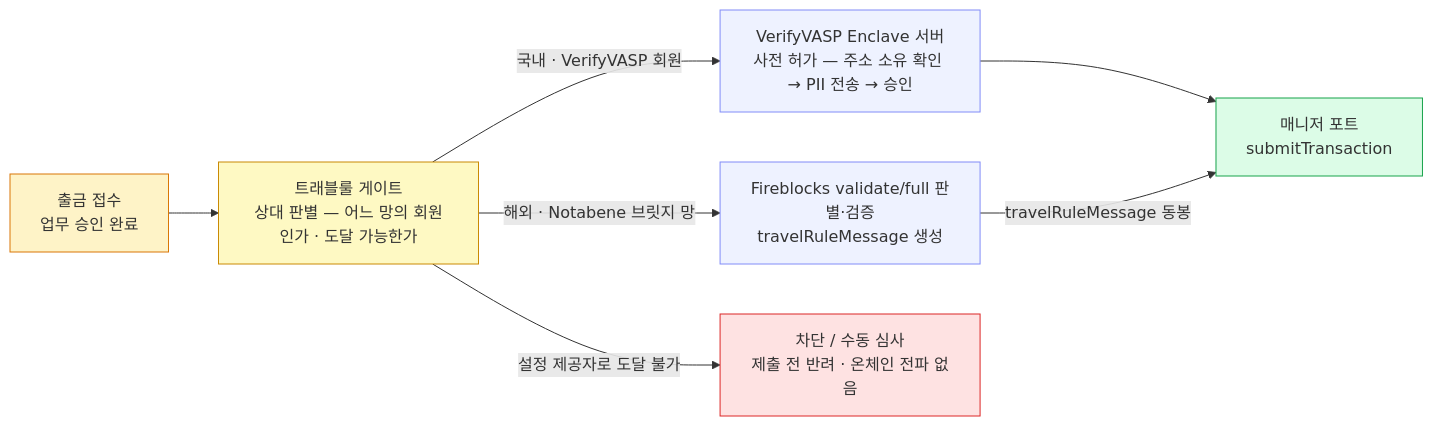
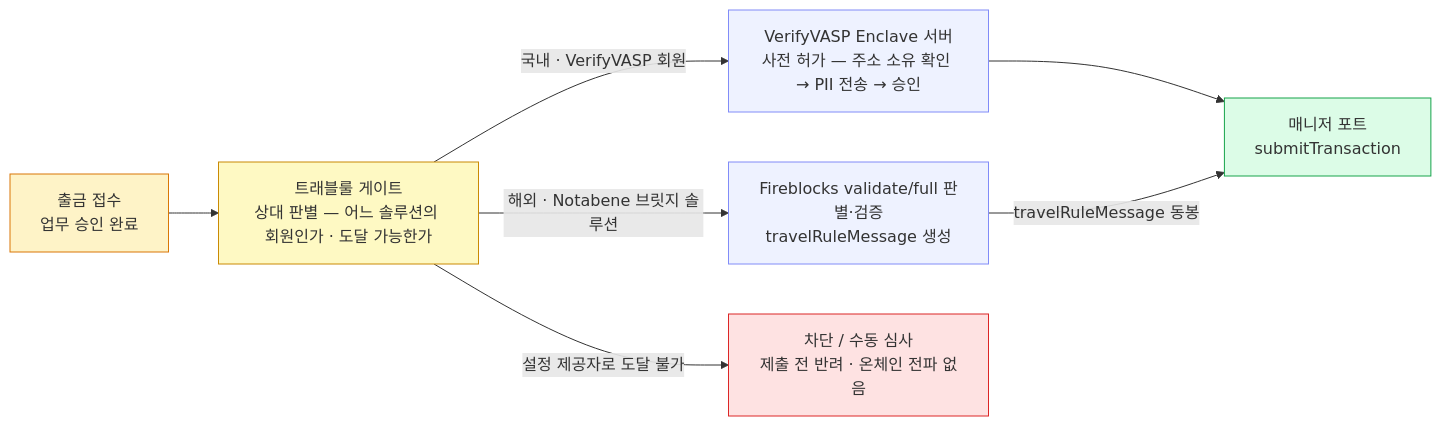
The diagram in blockchain-manager/docs/트래블룰/설계/06-verifyvasp-parallel-gate.md (eunsujeo/eunpus), drawn with Mermaid before and after one commit. The commit also changed other lines of this file and 26 other files, not shown here.

````diff
--- a/blockchain-manager/docs/트래블룰/설계/06-verifyvasp-parallel-gate.md
+++ b/blockchain-manager/docs/트래블룰/설계/06-verifyvasp-parallel-gate.md
@@ -59,20 +59,20 @@
 ```mermaid
 flowchart LR
-    REQ["출금 접수<br/>업무 승인 완료"] --> GATE["트래블룰 게이트<br/>상대 판별 — 어느 망의 회원인가 · 도달 가능한가"]
+    REQ["출금 접수<br/>업무 승인 완료"] --> GATE["트래블룰 게이트<br/>상대 판별 — 어느 솔루션의 회원인가 · 도달 가능한가"]
     GATE -->|"국내 · VerifyVASP 회원"| VV["VerifyVASP Enclave 서버<br/>사전 허가 — 주소 소유 확인 → PII 전송 → 승인"]
-    GATE -->|"해외 · Notabene 브릿지 망"| NB["Fireblocks validate/full 판별·검증<br/>travelRuleMessage 생성"]
+    GATE -->|"해외 · Notabene 브릿지 솔루션"| NB["Fireblocks validate/full 판별·검증<br/>travelRuleMessage 생성"]
     GATE -->|"설정 제공자로 도달 불가"| BLK["차단 / 수동 심사<br/>제출 전 반려 · 온체인 전파 없음"]
     VV --> SUB["매니저 포트<br/>submitTransaction"]
     NB -->|"travelRuleMessage 동봉"| SUB
 
     classDef biz fill:#fef3c7,stroke:#d97706;
     classDef gate fill:#fef9c3,stroke:#ca8a04;
     classDef ext fill:#eef2ff,stroke:#818cf8;
     classDef port fill:#dcfce7,stroke:#16a34a;
     classDef bad fill:#fee2e2,stroke:#dc2626;
     class REQ biz
     class GATE gate
     class VV,NB ext
     class SUB port
     class BLK bad
 ```
````
